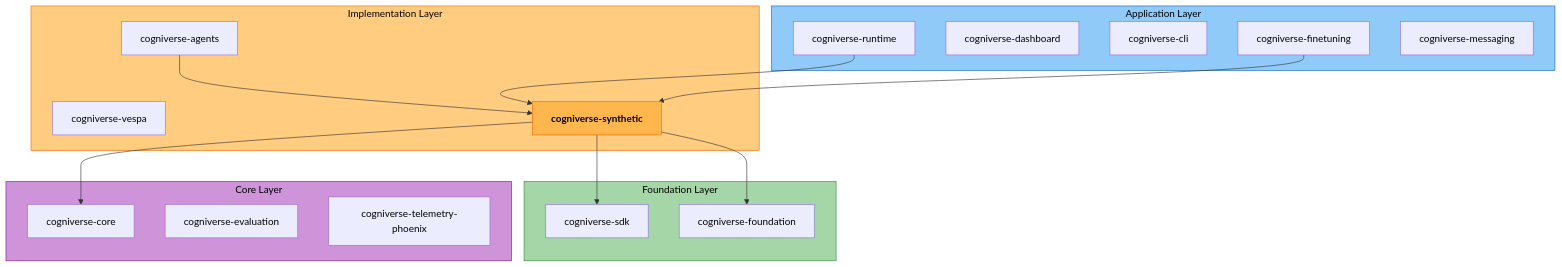
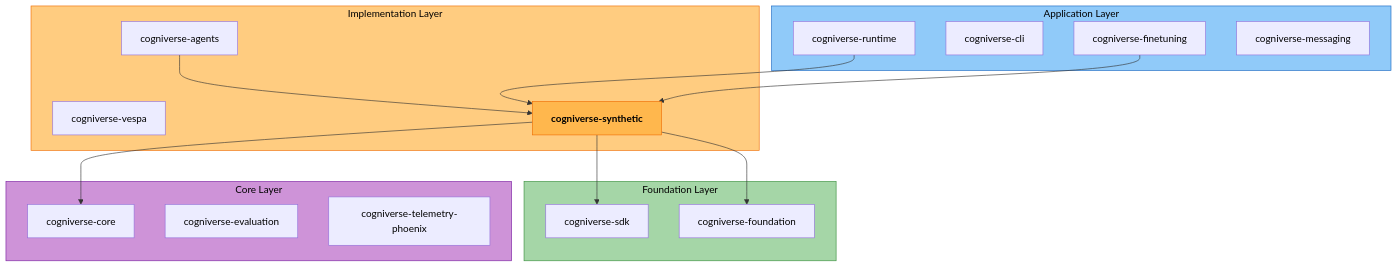
Before and after one commit to amit-jain/cogniverse: the diagram in libs/synthetic/README.md, drawn with Mermaid. The commit also changed other lines of this file and 241 other files, not shown here.

````diff
--- a/libs/synthetic/README.md
+++ b/libs/synthetic/README.md
@@ -31,37 +31,36 @@
 ```mermaid
 flowchart TB
     subgraph FoundationLayer["<span style='color:#000'>Foundation Layer</span>"]
         SDK["<span style='color:#000'>cogniverse-sdk</span>"]
         Foundation["<span style='color:#000'>cogniverse-foundation</span>"]
     end
     subgraph CoreLayer["<span style='color:#000'>Core Layer</span>"]
         Core["<span style='color:#000'>cogniverse-core</span>"]
         Evaluation["<span style='color:#000'>cogniverse-evaluation</span>"]
         Telemetry["<span style='color:#000'>cogniverse-telemetry-phoenix</span>"]
     end
     subgraph ImplementationLayer["<span style='color:#000'>Implementation Layer</span>"]
         Agents["<span style='color:#000'>cogniverse-agents</span>"]
         Vespa["<span style='color:#000'>cogniverse-vespa</span>"]
         Synthetic["<span style='color:#000'><b>cogniverse-synthetic</b></span>"]
     end
     subgraph ApplicationLayer["<span style='color:#000'>Application Layer</span>"]
         Runtime["<span style='color:#000'>cogniverse-runtime</span>"]
-        Dashboard["<span style='color:#000'>cogniverse-dashboard</span>"]
         CLI["<span style='color:#000'>cogniverse-cli</span>"]
         Finetuning["<span style='color:#000'>cogniverse-finetuning</span>"]
         Messaging["<span style='color:#000'>cogniverse-messaging</span>"]
     end
 
     Synthetic --> SDK
     Synthetic --> Foundation
     Synthetic --> Core
     Agents --> Synthetic
     Runtime --> Synthetic
     Finetuning --> Synthetic
 
     style FoundationLayer fill:#a5d6a7,stroke:#388e3c,color:#000
     style CoreLayer fill:#ce93d8,stroke:#7b1fa2,color:#000
     style ImplementationLayer fill:#ffcc80,stroke:#ef6c00,color:#000
     style ApplicationLayer fill:#90caf9,stroke:#1565c0,color:#000
     style Synthetic fill:#ffb74d,stroke:#ef6c00,color:#000
 ```
````
